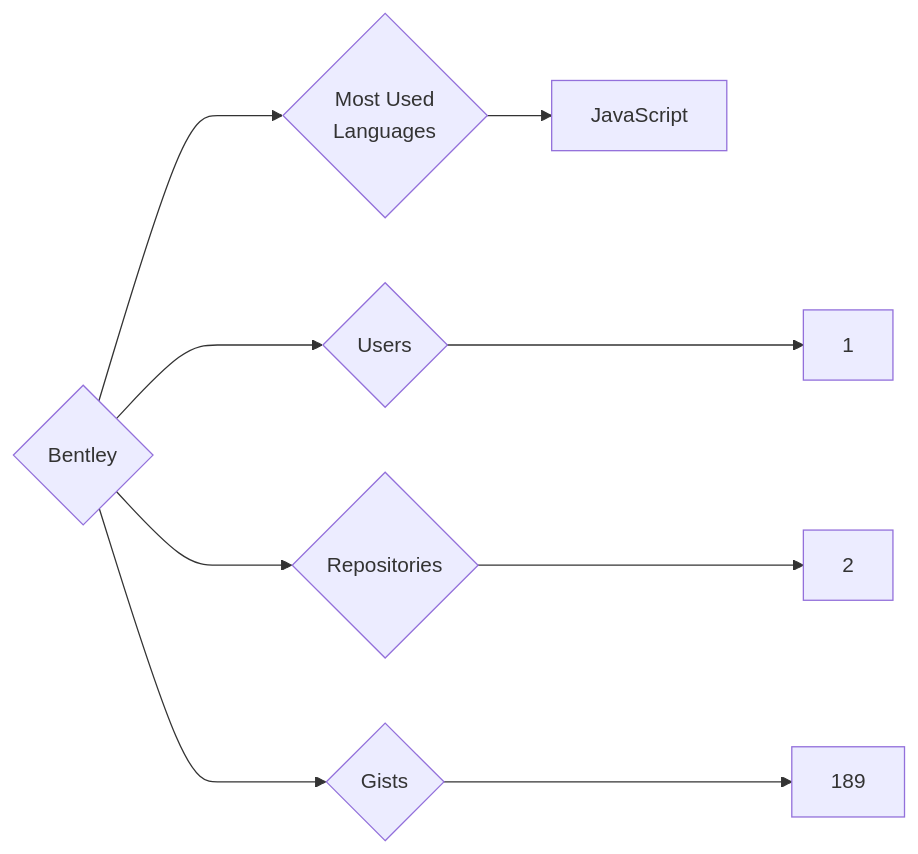
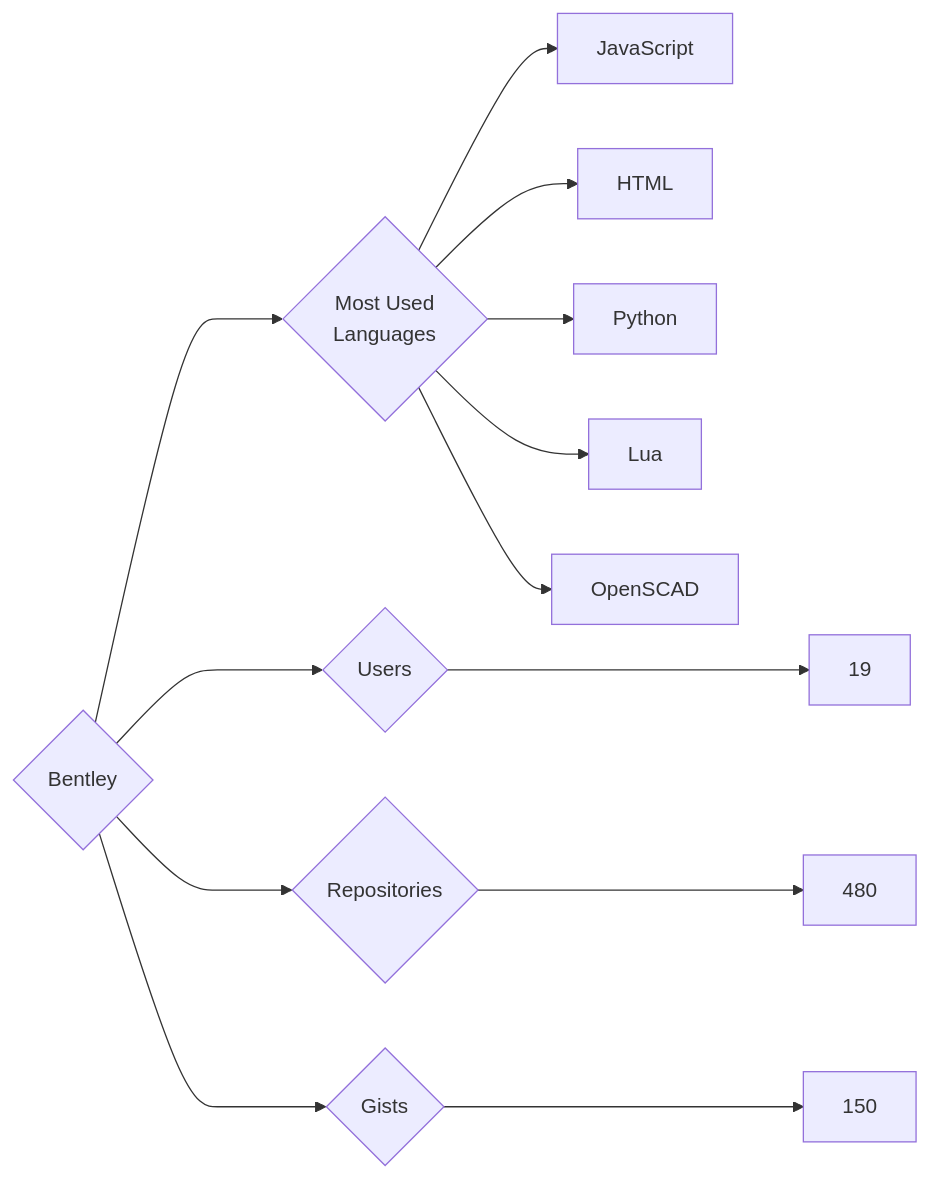
One commit to trickest/insiders changed the diagram in targets/Bentley/README.md. Above: the diagram before and after it, drawn with Mermaid. The commit also changed 633 other files, not shown here.

````diff
--- a/targets/Bentley/README.md
+++ b/targets/Bentley/README.md
@@ -3,9 +3,13 @@
 ```mermaid
 graph LR
 COMPANY_NAME{Bentley}
-COMPANY_NAME ---> U{Users} ---> UN[1]
-COMPANY_NAME ---> R{Repositories} ---> RN[2]
-COMPANY_NAME ---> G{Gists} ---> GN[189]
+COMPANY_NAME ---> U{Users} ---> UN[19]
+COMPANY_NAME ---> R{Repositories} ---> RN[480]
+COMPANY_NAME ---> G{Gists} ---> GN[150]
 COMPANY_NAME ---> ML{Most Used<br>Languages}
 ML --> JavaScript[JavaScript]
+ML --> HTML[HTML]
+ML --> Python[Python]
+ML --> Lua[Lua]
+ML --> OpenSCAD[OpenSCAD]
 ```
````
